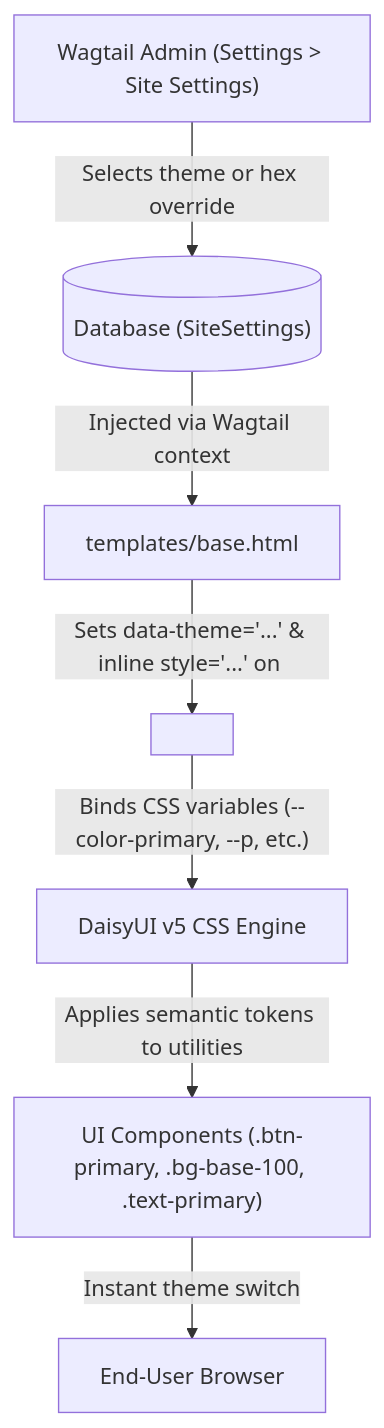
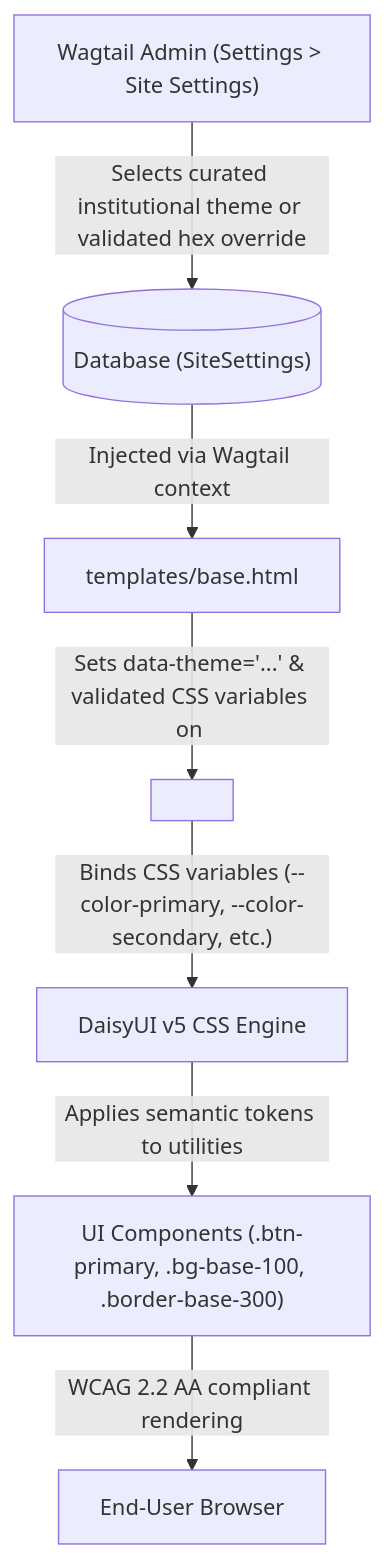
Before and after one commit to AmruthLP12/institutional-cms: the diagram in docs/theming.md, drawn with Mermaid. The commit also changed other lines of this file and 47 other files, not shown here.

````diff
--- a/docs/theming.md
+++ b/docs/theming.md
@@ -13,9 +13,9 @@
 ```mermaid
 flowchart TD
-    Admin["Wagtail Admin (Settings > Site Settings)"] -->|"Selects theme or hex override"| DB[("Database (SiteSettings)")]
+    Admin["Wagtail Admin (Settings > Site Settings)"] -->|"Selects curated institutional theme or validated hex override"| DB[("Database (SiteSettings)")]
     DB -->|"Injected via Wagtail context"| BaseTpl["templates/base.html"]
-    BaseTpl -->|"Sets data-theme='...' & inline style='...' on <html>"| RootHTML["<html data-theme='corporate' style='...'>"]
-    RootHTML -->|"Binds CSS variables (--color-primary, --p, etc.)"| DaisyUI["DaisyUI v5 CSS Engine"]
-    DaisyUI -->|"Applies semantic tokens to utilities"| Components["UI Components (.btn-primary, .bg-base-100, .text-primary)"]
-    Components -->|"Instant theme switch"| Browser["End-User Browser"]
+    BaseTpl -->|"Sets data-theme='...' & validated CSS variables on <html>"| RootHTML["<html data-theme='corporate' style='...'>"]
+    RootHTML -->|"Binds CSS variables (--color-primary, --color-secondary, etc.)"| DaisyUI["DaisyUI v5 CSS Engine"]
+    DaisyUI -->|"Applies semantic tokens to utilities"| Components["UI Components (.btn-primary, .bg-base-100, .border-base-300)"]
+    Components -->|"WCAG 2.2 AA compliant rendering"| Browser["End-User Browser"]
 ```
````
